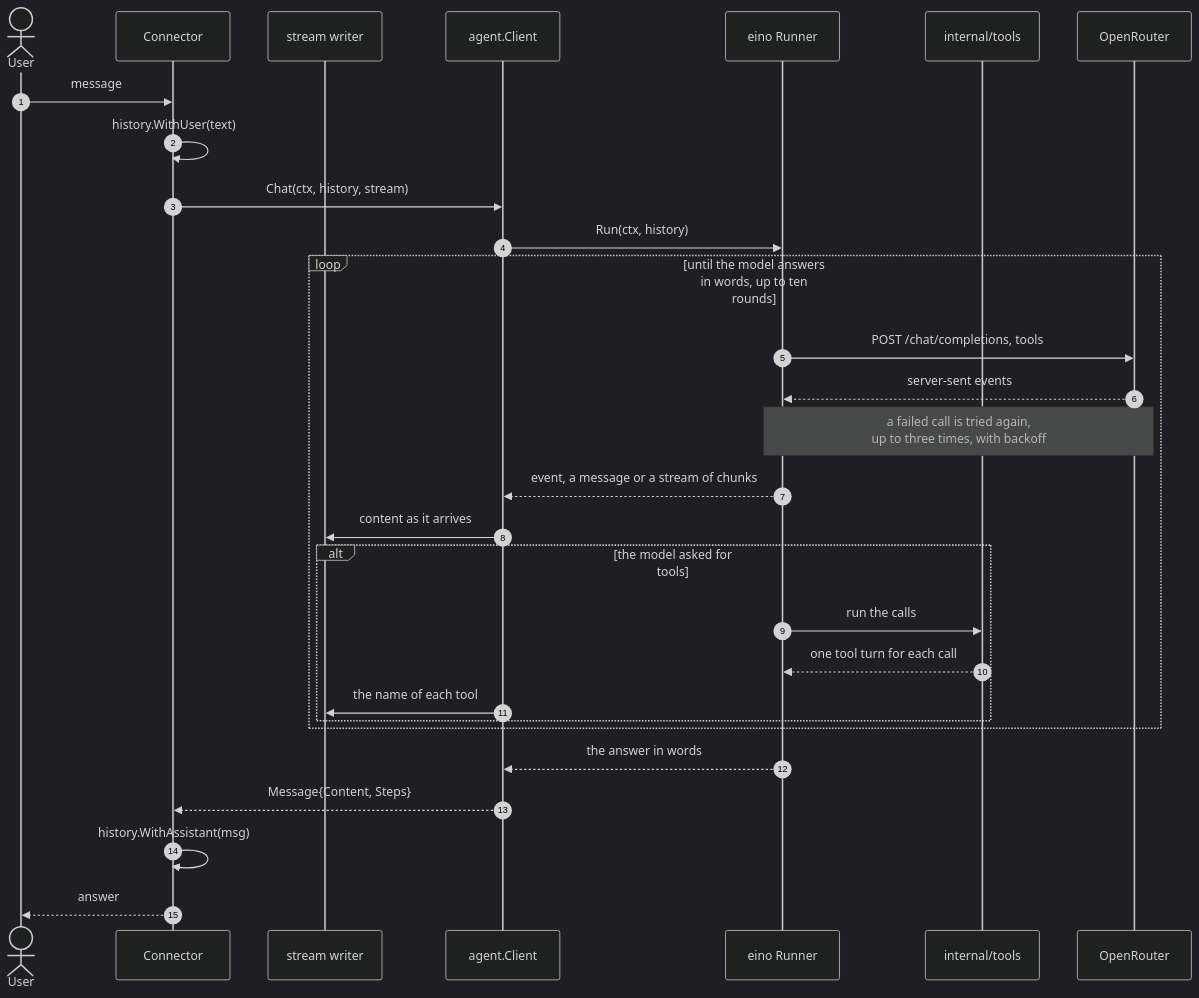
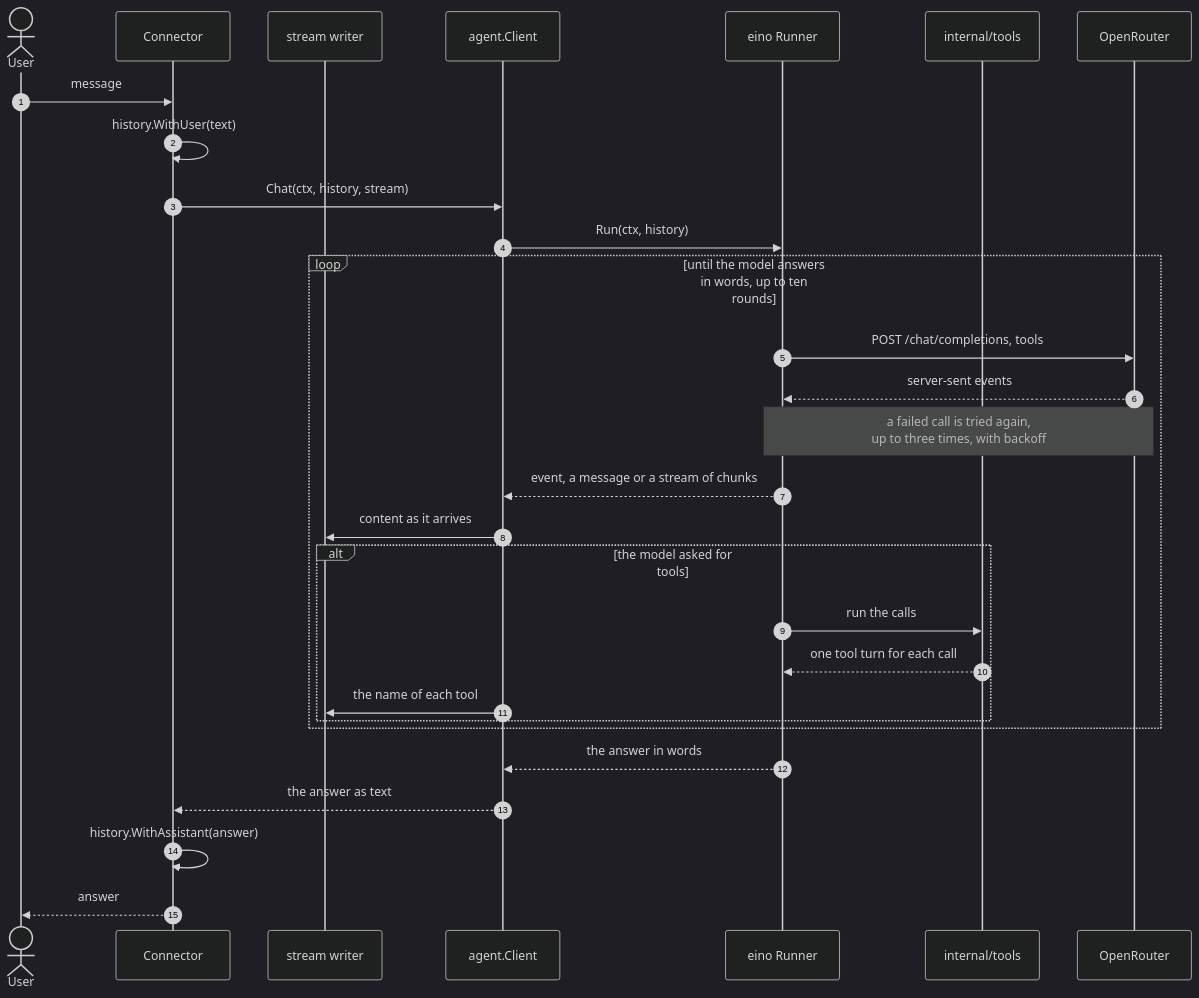
The second of 2 diagrams in README.md (skryvets/my-agent), drawn with Mermaid (dark theme) before and after one commit. The commit also changed other lines of this file and 19 other files, not shown here.

First line of the commit message:
Return the answer of Chat as text

````diff
--- a/README.md
+++ b/README.md
@@ -337,34 +337,34 @@
 ```mermaid
 sequenceDiagram
     autonumber
     actor user as User
     participant conn as Connector
     participant out as stream writer
     participant agent as agent.Client
     participant eino as eino Runner
     participant kit as internal/tools
     participant api as OpenRouter
 
     user->>conn: message
     conn->>conn: history.WithUser(text)
     conn->>agent: Chat(ctx, history, stream)
     agent->>eino: Run(ctx, history)
 
     loop until the model answers in words, up to ten rounds
         eino->>api: POST /chat/completions, tools
         api-->>eino: server-sent events
         note over eino,api: a failed call is tried again,<br/>up to three times, with backoff
         eino-->>agent: event, a message or a stream of chunks
         agent->>out: content as it arrives
         alt the model asked for tools
             eino->>kit: run the calls
             kit-->>eino: one tool turn for each call
             agent->>out: the name of each tool
         end
     end
 
     eino-->>agent: the answer in words
-    agent-->>conn: Message{Content, Steps}
-    conn->>conn: history.WithAssistant(msg)
+    agent-->>conn: the answer as text
+    conn->>conn: history.WithAssistant(answer)
     conn-->>user: answer
 ```
````
